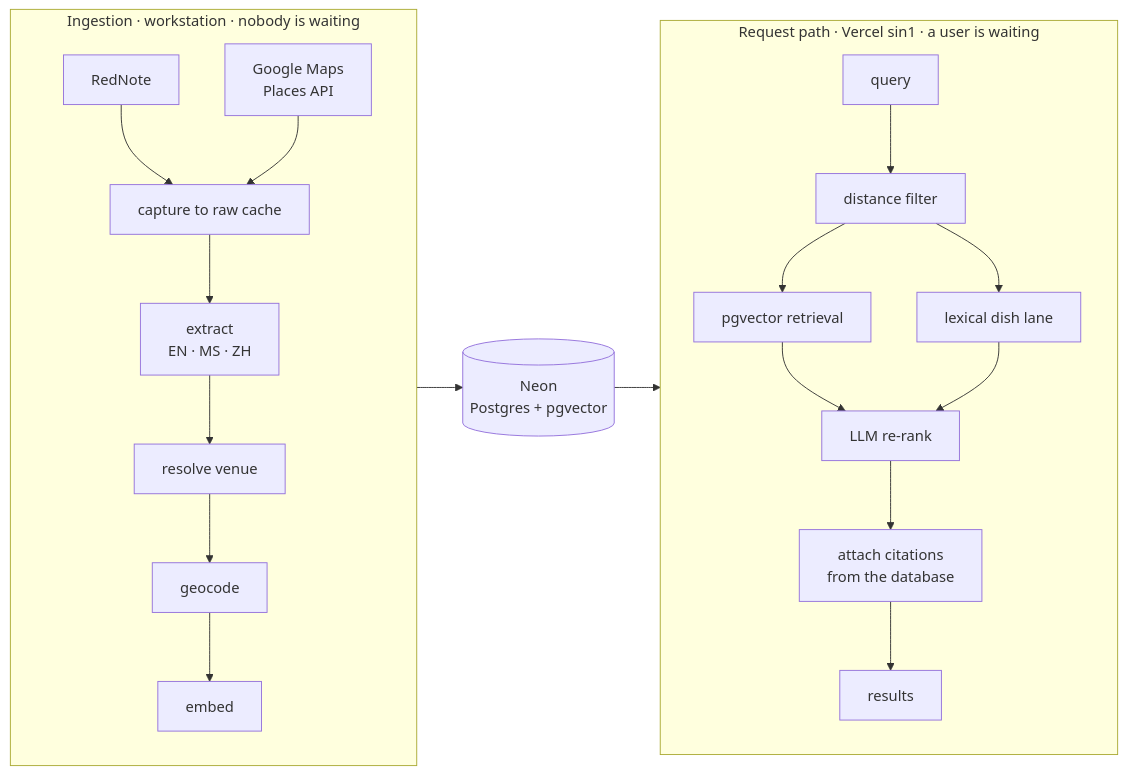
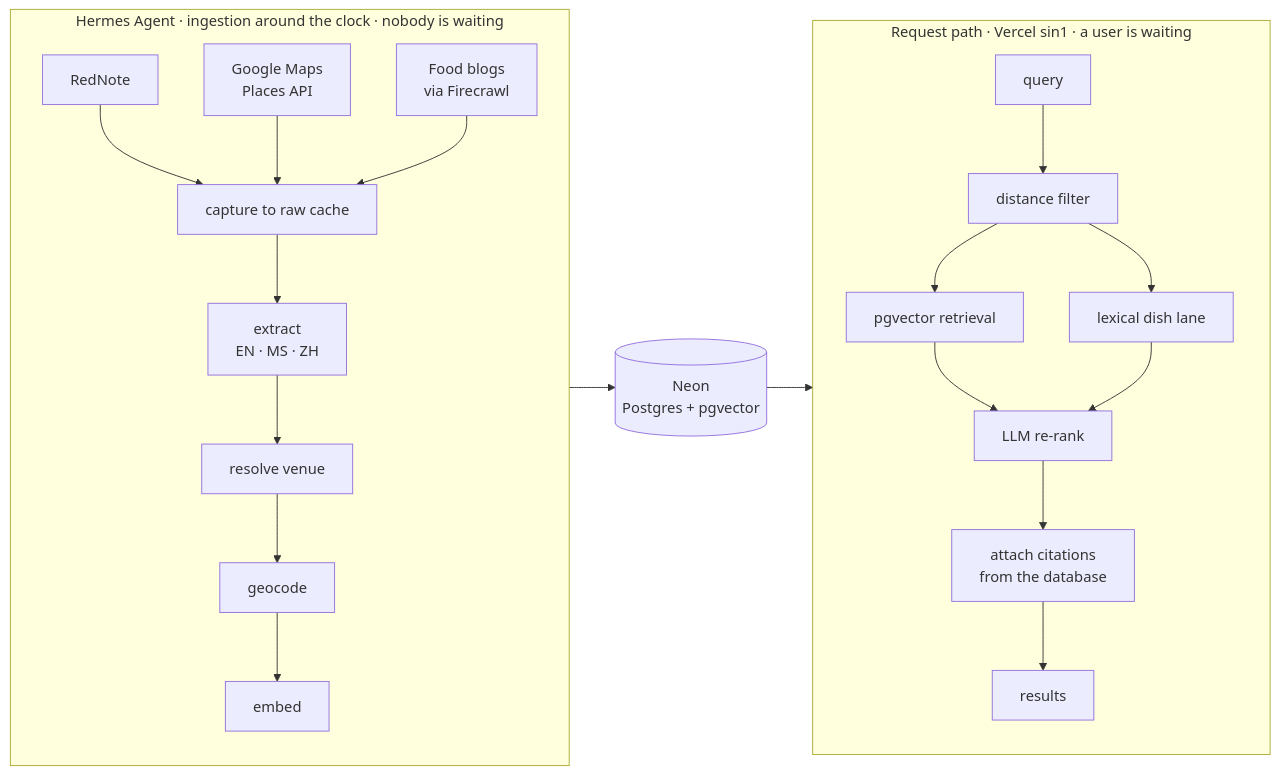
The first of 3 diagrams in docs/README.md (TolongLabs/MakanLah), drawn with Mermaid before and after one commit. The commit also changed other lines of this file, not shown here.

First line of the commit message:
docs(readme): feature the agent lane in the ingestion story

````diff
--- a/docs/README.md
+++ b/docs/README.md
@@ -161,24 +164,25 @@
 ```mermaid
 flowchart LR
-  subgraph B["Ingestion · workstation · nobody is waiting"]
+  subgraph B["Hermes Agent · ingestion around the clock · nobody is waiting"]
     direction TB
     RN["RedNote"] --> CAP["capture to raw cache"]
     GM["Google Maps<br/>Places API"] --> CAP
+    FB["Food blogs<br/>via Firecrawl"] --> CAP
     CAP --> EX["extract<br/>EN · MS · ZH"]
     EX --> RV["resolve venue"]
     RV --> GC["geocode"]
     GC --> EM["embed"]
   end
   EM --> DB[("Neon<br/>Postgres + pgvector")]
   subgraph R["Request path · Vercel sin1 · a user is waiting"]
     direction TB
     Q["query"] --> DF["distance filter"]
     DF --> PV["pgvector retrieval"]
     DF --> LX["lexical dish lane"]
     PV --> RR["LLM re-rank"]
     LX --> RR
     RR --> CT["attach citations<br/>from the database"]
     CT --> OUT["results"]
   end
   DB --> DF
 ```
````
